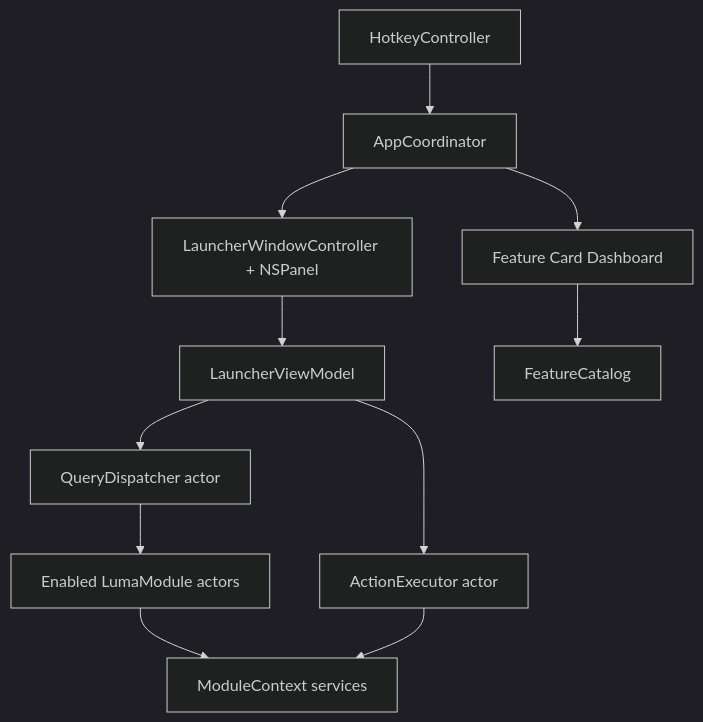
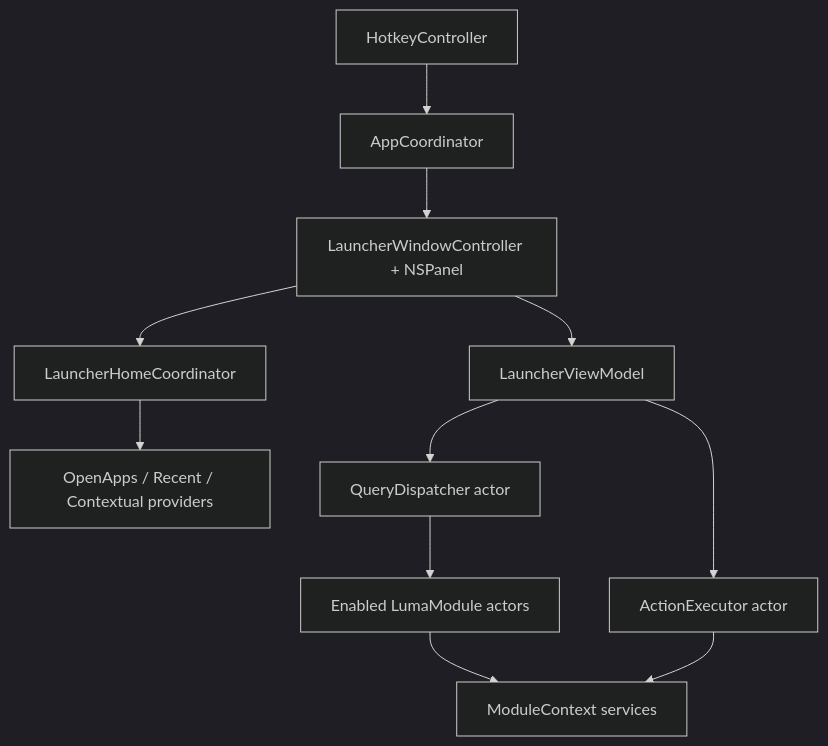
One commit to dyxnb22/Luma changed the diagram in docs/ARCHITECTURE.md. Above: the diagram before and after it, drawn with Mermaid (dark theme). The commit also changed other lines of this file and 61 other files, not shown here.

Commit message:
Refactor Luma core flows

````diff
--- a/docs/ARCHITECTURE.md
+++ b/docs/ARCHITECTURE.md
@@ -7,13 +7,13 @@
 ```mermaid
 flowchart TD
     Hotkey["HotkeyController"] --> Coordinator["AppCoordinator"]
     Coordinator --> Panel["LauncherWindowController + NSPanel"]
-    Coordinator --> Cards["Feature Card Dashboard"]
     Panel --> VM["LauncherViewModel"]
-    Cards --> CardCatalog["FeatureCatalog"]
+    Panel --> Home["LauncherHomeCoordinator"]
+    Home --> Providers["OpenApps / Recent / Contextual providers"]
     VM --> Dispatcher["QueryDispatcher actor"]
     Dispatcher --> Modules["Enabled LumaModule actors"]
     Modules --> Services["ModuleContext services"]
     VM --> Executor["ActionExecutor actor"]
     Executor --> Services
 ```
````
